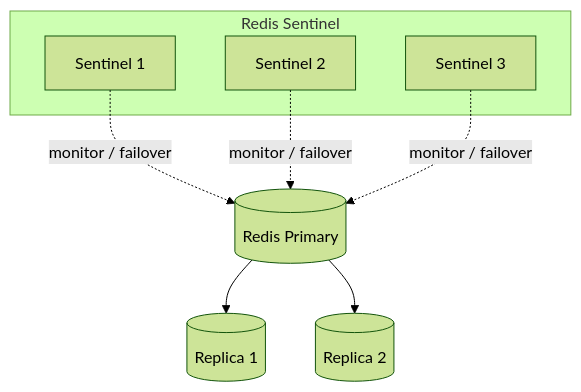
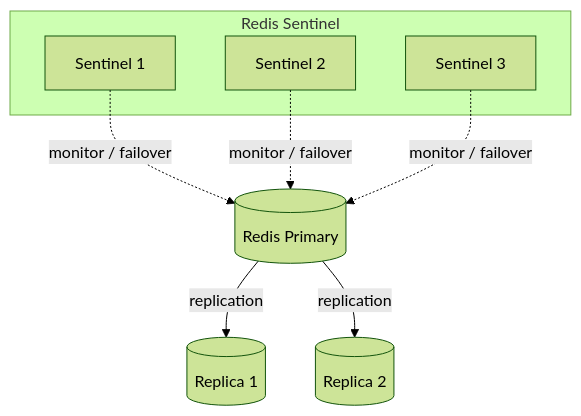
The fourth of 6 diagrams in README.md (bahman-farhadian/Meanul-Data-Studio), drawn with Mermaid (forest theme) before and after one commit. The commit also changed other lines of this file and 24 other files, not shown here.

````diff
--- a/README.md
+++ b/README.md
@@ -203,18 +227,18 @@
 ```mermaid
 graph TB
     subgraph Sentinel ["Redis Sentinel"]
-        S1[Sentinel 1]
-        S2[Sentinel 2]
-        S3[Sentinel 3]
+        S1["Sentinel 1"]
+        S2["Sentinel 2"]
+        S3["Sentinel 3"]
     end
 
-    M[(Redis Primary)]
-    R1[(Replica 1)]
-    R2[(Replica 2)]
+    M[("Redis Primary")]
+    R1[("Replica 1")]
+    R2[("Replica 2")]
 
-    S1 -.->|monitor / failover| M
-    S2 -.->|monitor / failover| M
-    S3 -.->|monitor / failover| M
-    M --> R1
-    M --> R2
+    S1 -.->|"monitor / failover"| M
+    S2 -.->|"monitor / failover"| M
+    S3 -.->|"monitor / failover"| M
+    M -->|"replication"| R1
+    M -->|"replication"| R2
 ```
````
